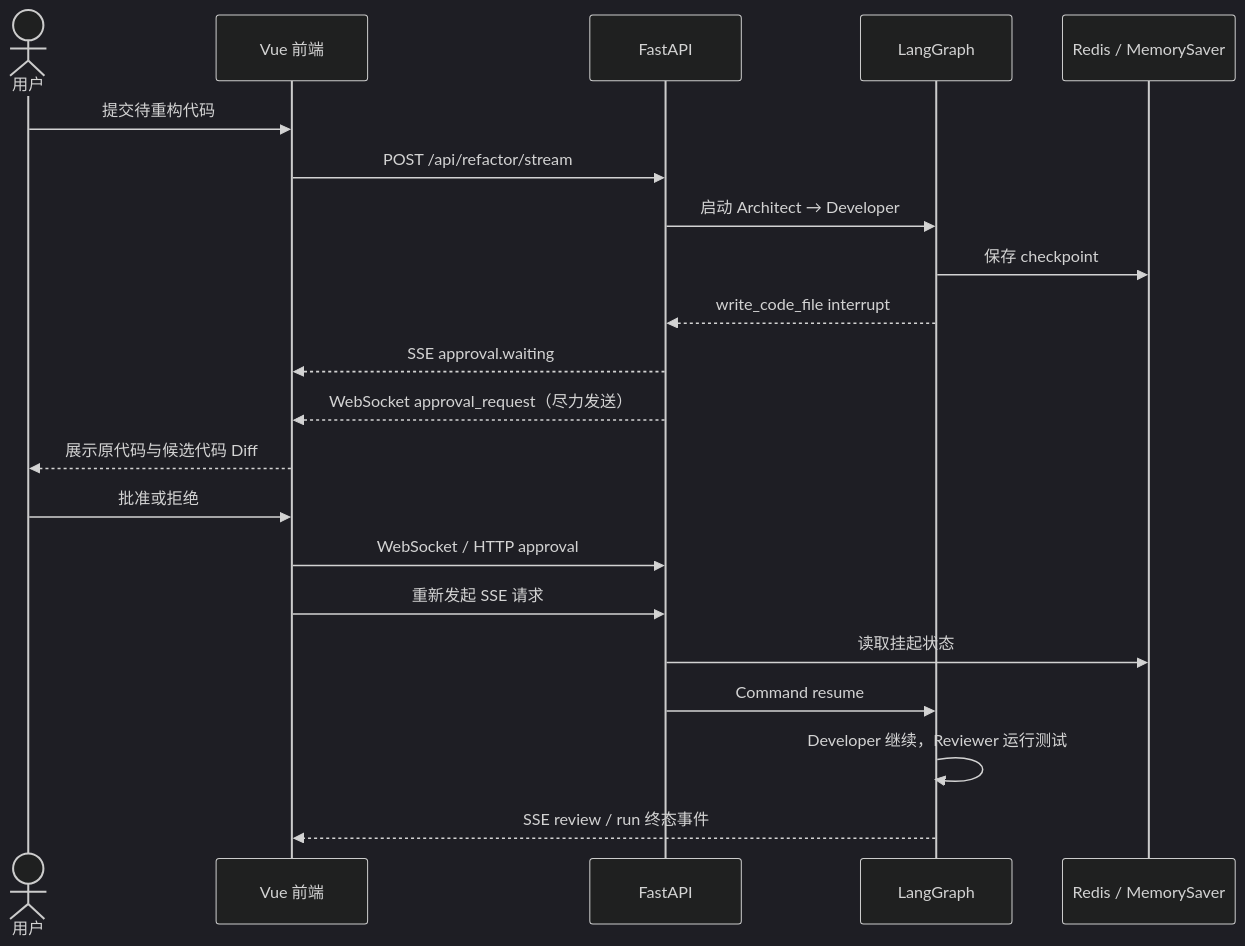
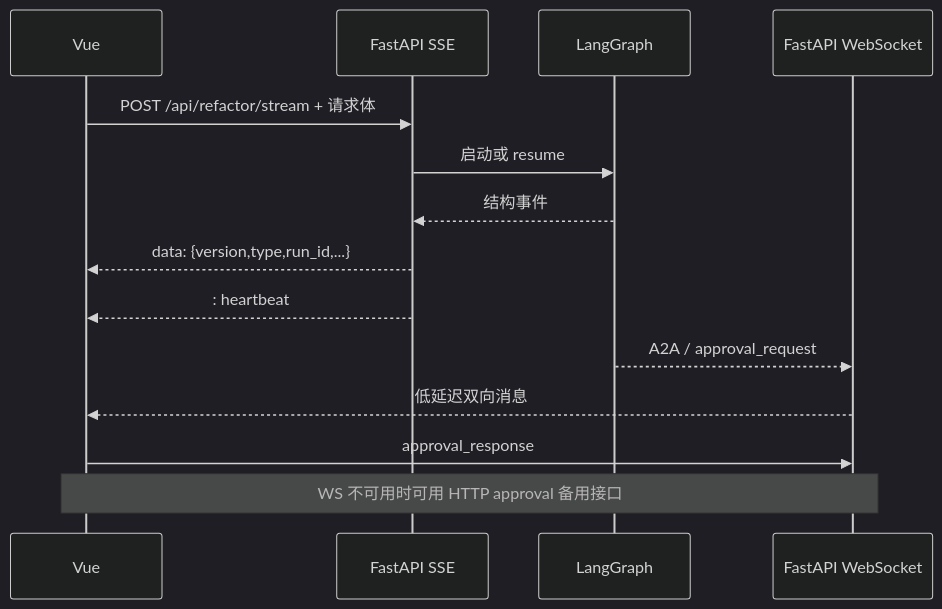
Before and after one commit to SinerZ1/Refactor-Agent: the second of 2 diagrams in docs/architecture.md, drawn with Mermaid (dark theme). The commit also changed other lines of this file and 16 other files, not shown here.

````diff
--- a/docs/architecture.md
+++ b/docs/architecture.md
@@ -77,24 +158,17 @@
 ```mermaid
 sequenceDiagram
-    actor User as 用户
-    participant UI as Vue 前端
-    participant API as FastAPI
-    participant LG as LangGraph
-    participant CP as Redis / MemorySaver
+    participant UI as Vue
+    participant HTTP as FastAPI SSE
+    participant Graph as LangGraph
+    participant WS as FastAPI WebSocket
 
-    User->>UI: 提交待重构代码
-    UI->>API: POST /api/refactor/stream
-    API->>LG: 启动 Architect → Developer
-    LG->>CP: 保存 checkpoint
-    LG-->>API: write_code_file interrupt
-    API-->>UI: SSE approval.waiting
-    API-->>UI: WebSocket approval_request（尽力发送）
-    UI-->>User: 展示原代码与候选代码 Diff
-    User->>UI: 批准或拒绝
-    UI->>API: WebSocket / HTTP approval
-    UI->>API: 重新发起 SSE 请求
-    API->>CP: 读取挂起状态
-    API->>LG: Command resume
-    LG->>LG: Developer 继续，Reviewer 运行测试
-    LG-->>UI: SSE review / run 终态事件
+    UI->>HTTP: POST /api/refactor/stream + 请求体
+    HTTP->>Graph: 启动或 resume
+    Graph-->>HTTP: 结构事件
+    HTTP-->>UI: data: {version,type,run_id,...}
+    HTTP-->>UI: : heartbeat
+    Graph-->>WS: A2A / approval_request
+    WS-->>UI: 低延迟双向消息
+    UI->>WS: approval_response
+    Note over UI,WS: WS 不可用时可用 HTTP approval 备用接口
 ```
````
